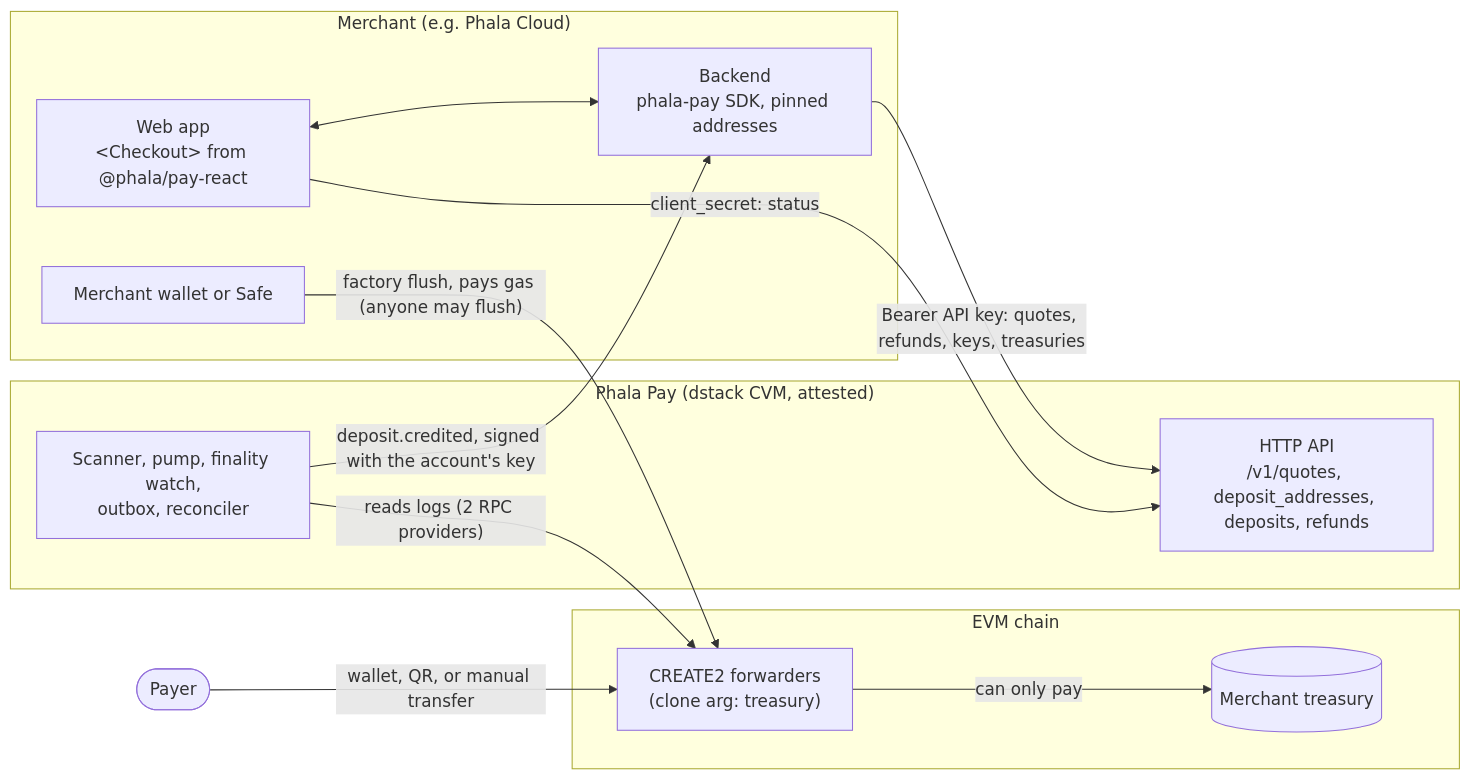
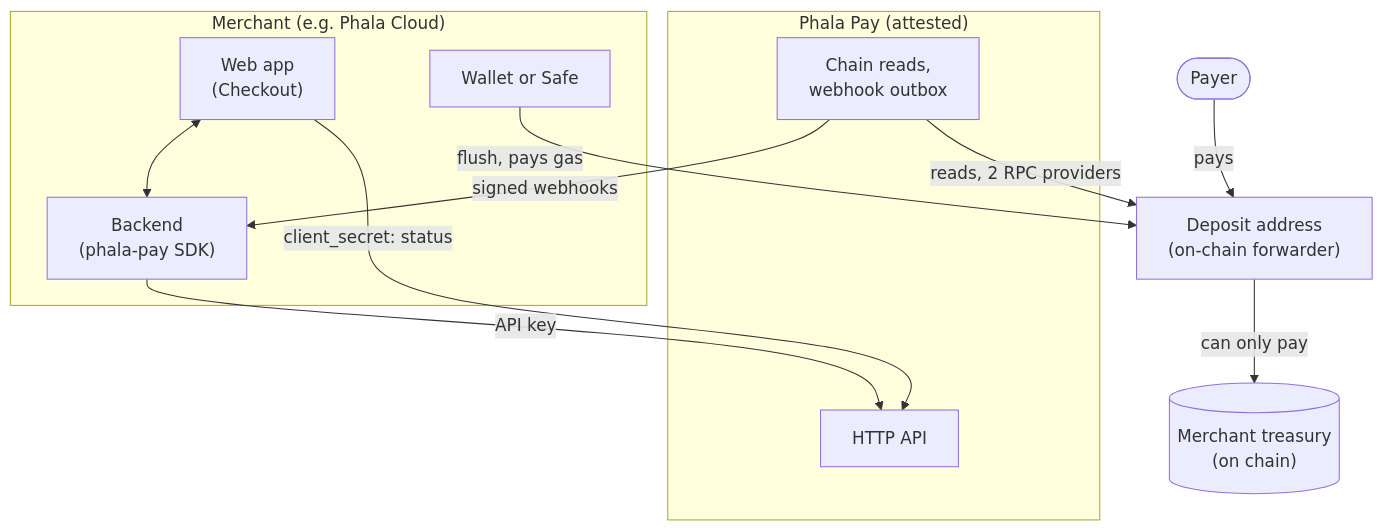
The diagram in docs/overview.md (Phala-Network/phala-pay), drawn with Mermaid before and after one commit. The commit also changed other lines of this file and 66 other files, not shown here.

````diff
--- a/docs/overview.md
+++ b/docs/overview.md
@@ -55,25 +55,23 @@
 ```mermaid
-flowchart LR
+flowchart TB
     payer(["Payer"])
     subgraph merchant["Merchant (e.g. Phala Cloud)"]
-        ui["Web app<br/>&lt;Checkout&gt; from @phala/pay-react"]
-        backend["Backend<br/>phala-pay SDK, pinned addresses"]
-        wallet["Merchant wallet or Safe"]
+        ui["Web app<br/>(Checkout)"]
+        backend["Backend<br/>(phala-pay SDK)"]
+        wallet["Wallet or Safe"]
     end
-    subgraph cvm["Phala Pay (dstack CVM, attested)"]
-        api["HTTP API<br/>/v1/quotes, deposit_addresses, deposits, refunds"]
-        worker["Scanner, pump, finality watch,<br/>outbox, reconciler"]
+    subgraph cvm["Phala Pay (attested)"]
+        api["HTTP API"]
+        worker["Chain reads,<br/>webhook outbox"]
     end
-    subgraph chain["EVM chain"]
-        fwd["CREATE2 forwarders<br/>(clone arg: treasury)"]
-        treasury[("Merchant treasury")]
-    end
-    payer -->|"wallet, QR, or manual transfer"| fwd
+    fwd["Deposit address<br/>(on-chain forwarder)"]
+    treasury[("Merchant treasury<br/>(on chain)")]
+    payer -->|"pays"| fwd
     ui -->|"client_secret: status"| api
     ui <--> backend
-    backend -->|"Bearer API key: quotes, refunds, keys, treasuries"| api
-    worker -->|"deposit.credited, signed with the account's key"| backend
-    worker -->|"reads logs (2 RPC providers)"| fwd
-    wallet -->|"factory flush, pays gas (anyone may flush)"| fwd
+    backend -->|"API key"| api
+    worker -->|"signed webhooks"| backend
+    worker -->|"reads, 2 RPC providers"| fwd
+    wallet -->|"flush, pays gas"| fwd
     fwd -->|"can only pay"| treasury
 ```
````
